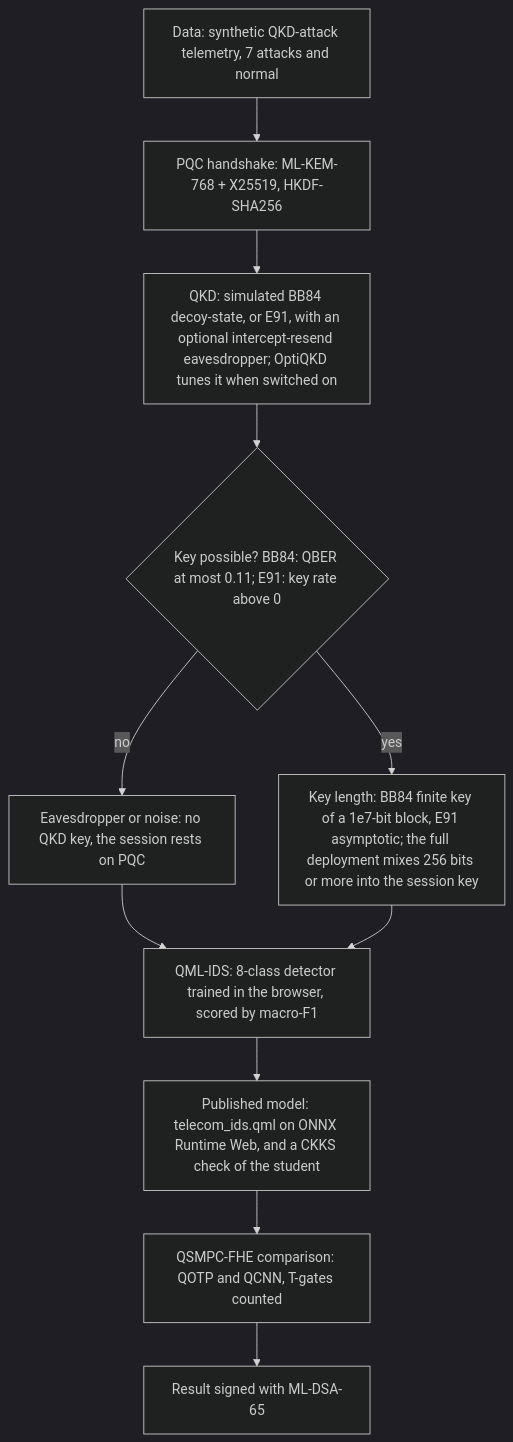
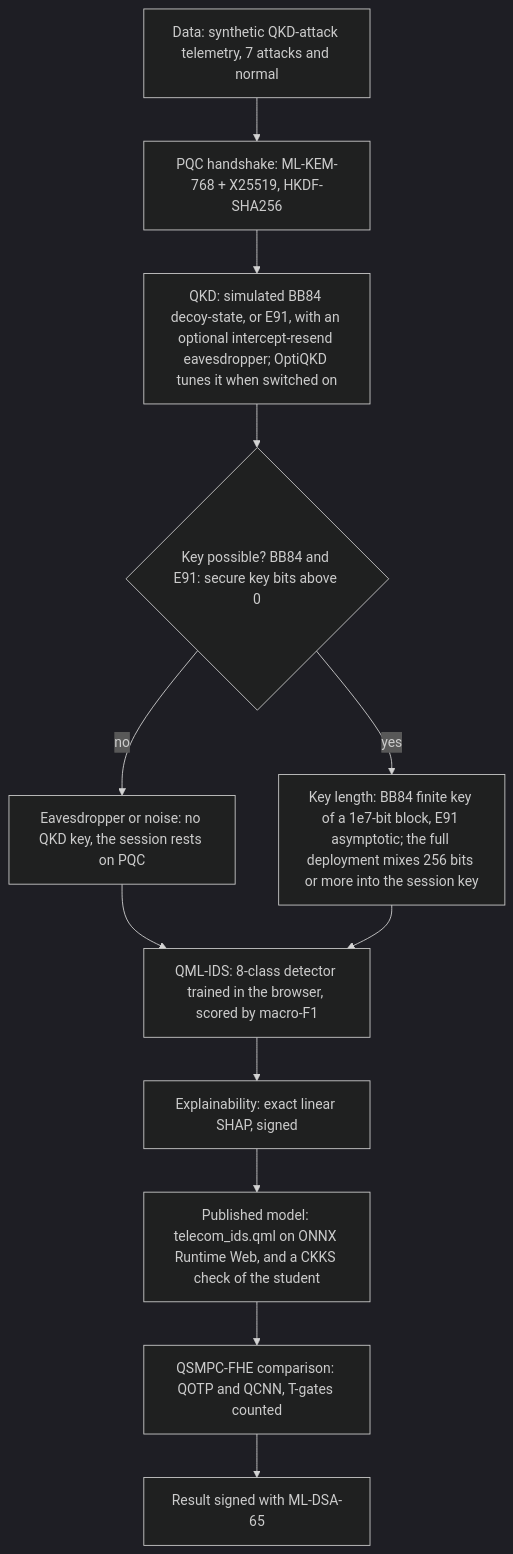
One commit to Quantum-Daemons/QSMPC-QKD-QHE-AI-Hybrid changed the sixth of 11 diagrams in README.md. Above: the diagram before and after it, drawn with Mermaid (dark theme). The commit also changed other lines of this file and 98 other files, not shown here.

````diff
--- a/README.md
+++ b/README.md
@@ -219,23 +210,25 @@
 ```mermaid
 flowchart TB
   D["Data: synthetic QKD-attack telemetry, 7 attacks and normal"]
   H["PQC handshake: ML-KEM-768 + X25519, HKDF-SHA256"]
   K["QKD: simulated BB84 decoy-state, or E91, with an optional intercept-resend eavesdropper; OptiQKD tunes it when switched on"]
-  Q{"Key possible? BB84: QBER at most 0.11; E91: key rate above 0"}
+  Q{"Key possible? BB84 and E91: secure key bits above 0"}
   N["Eavesdropper or noise: no QKD key, the session rests on PQC"]
   L["Key length: BB84 finite key of a 1e7-bit block, E91 asymptotic; the full deployment mixes 256 bits or more into the session key"]
   IDS["QML-IDS: 8-class detector trained in the browser, scored by macro-F1"]
+  X["Explainability: exact linear SHAP, signed"]
   M["Published model: telecom_ids.qml on ONNX Runtime Web, and a CKKS check of the student"]
   C["QSMPC-FHE comparison: QOTP and QCNN, T-gates counted"]
   S["Result signed with ML-DSA-65"]
   D --> H
   H --> K
   K --> Q
   Q -->|no| N
   Q -->|yes| L
   N --> IDS
   L --> IDS
-  IDS --> M
+  IDS --> X
+  X --> M
   M --> C
   C --> S
 ```
````
